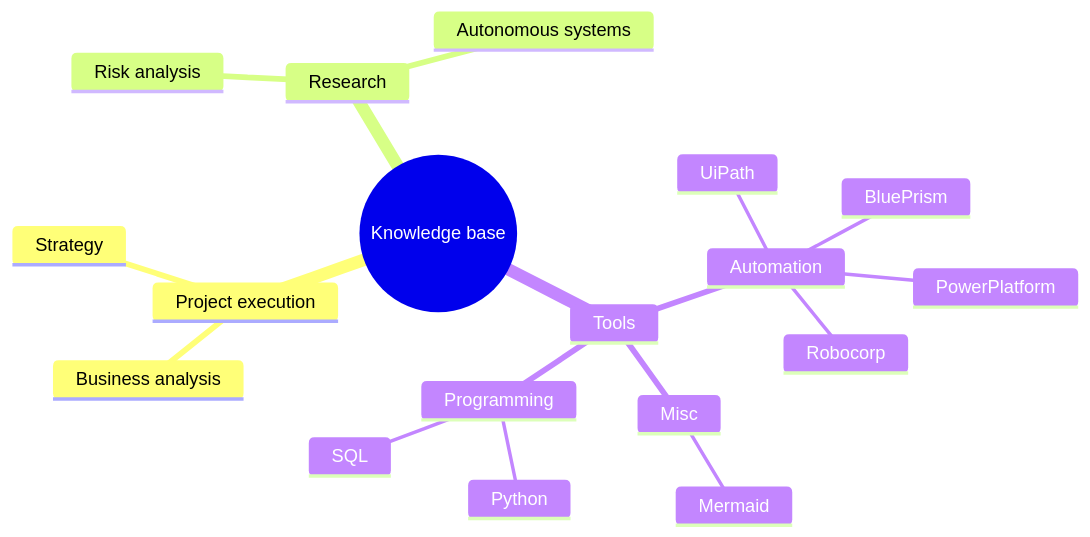
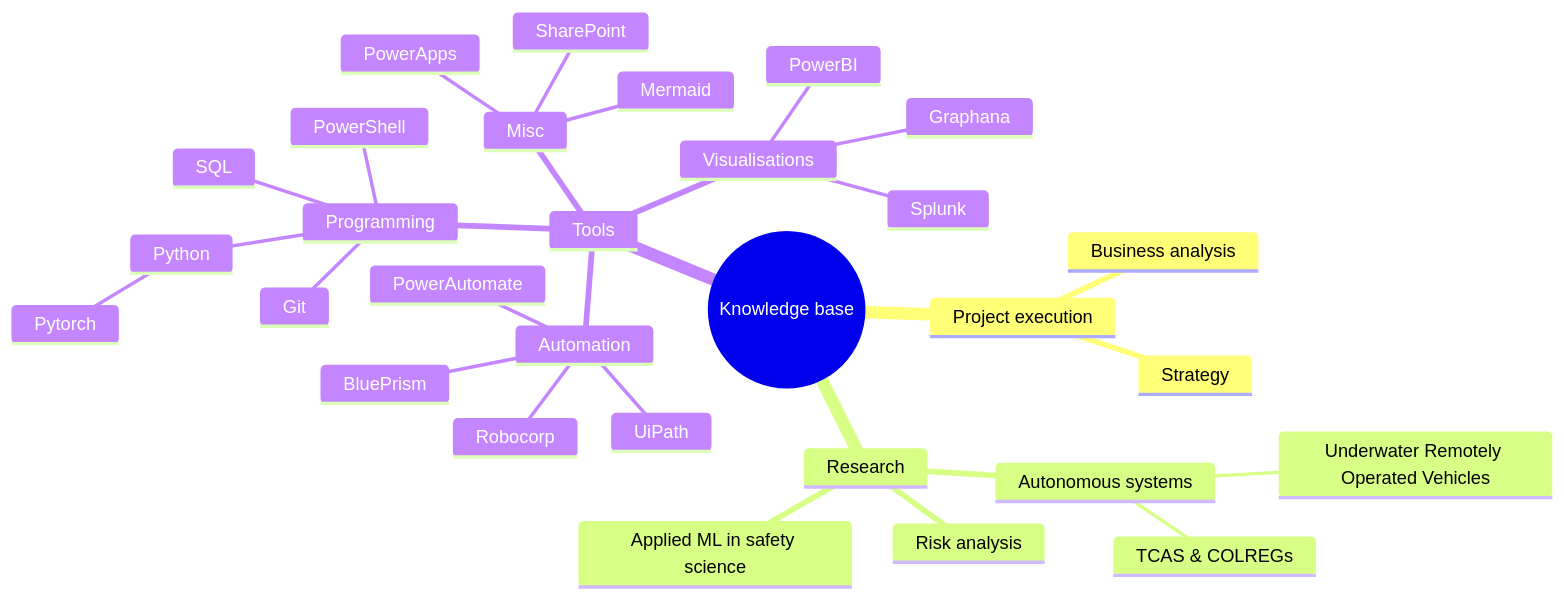
One commit to jeev20/jeev20.github.io changed the diagram in _tabs/about.md. Above: the diagram before and after it, drawn with Mermaid.

Commit message:
Updated about

````diff
--- a/_tabs/about.md
+++ b/_tabs/about.md
@@ -17,23 +17,35 @@
 ```mermaid
 mindmap
   root((Knowledge base))
     Project execution
         Business analysis
         Strategy
     Research
       Risk analysis
       Autonomous systems
+        Underwater Remotely Operated Vehicles
+        TCAS & COLREGs
+      Applied ML in safety science
     Tools
       Automation
         UiPath
-        PowerPlatform
+        PowerAutomate
         BluePrism
         Robocorp
       Misc
         Mermaid
+        SharePoint
+        PowerApps
       Programming
         Python
+         Pytorch
         SQL
+        PowerShell
+        Git
+      Visualisations
+        Splunk
+        PowerBI
+        Graphana
       
       
 ```
````
